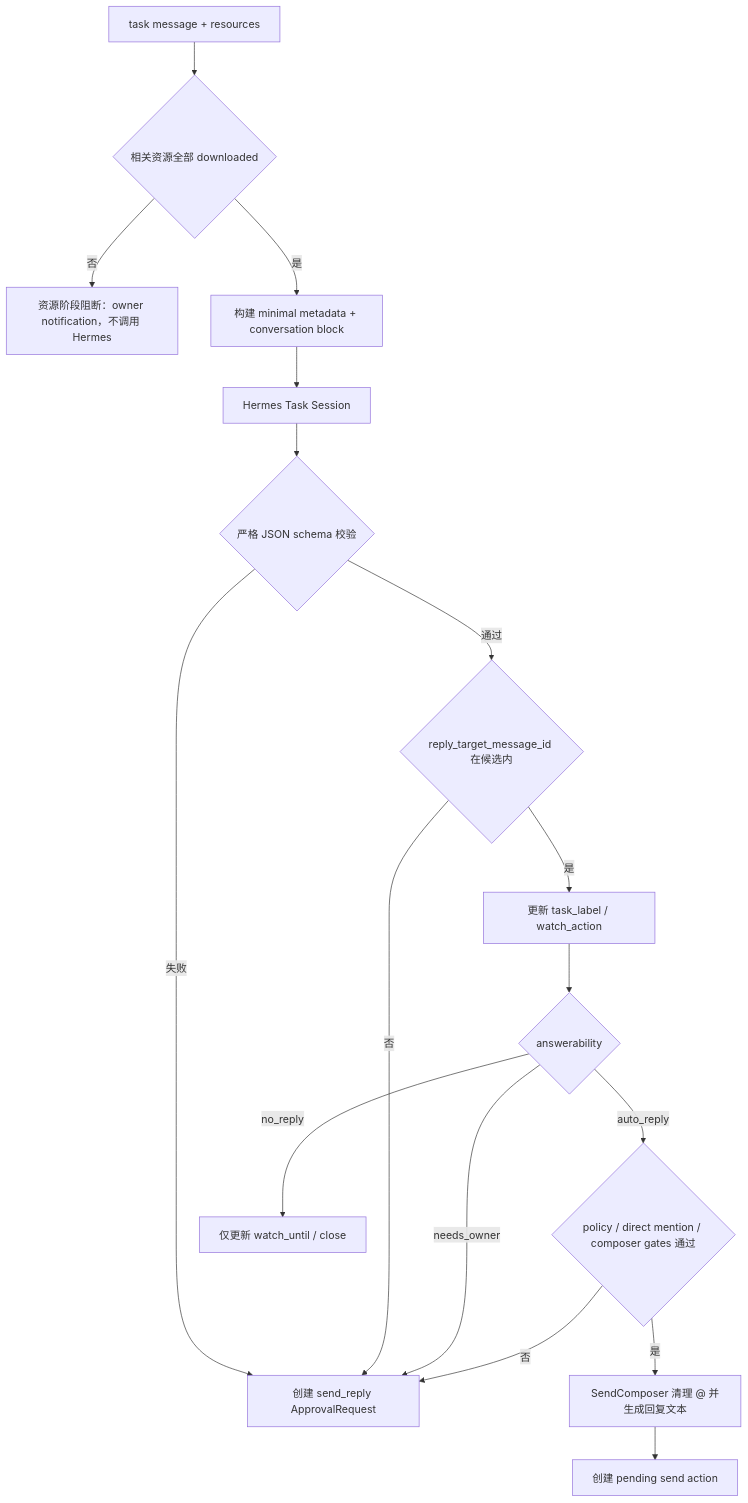
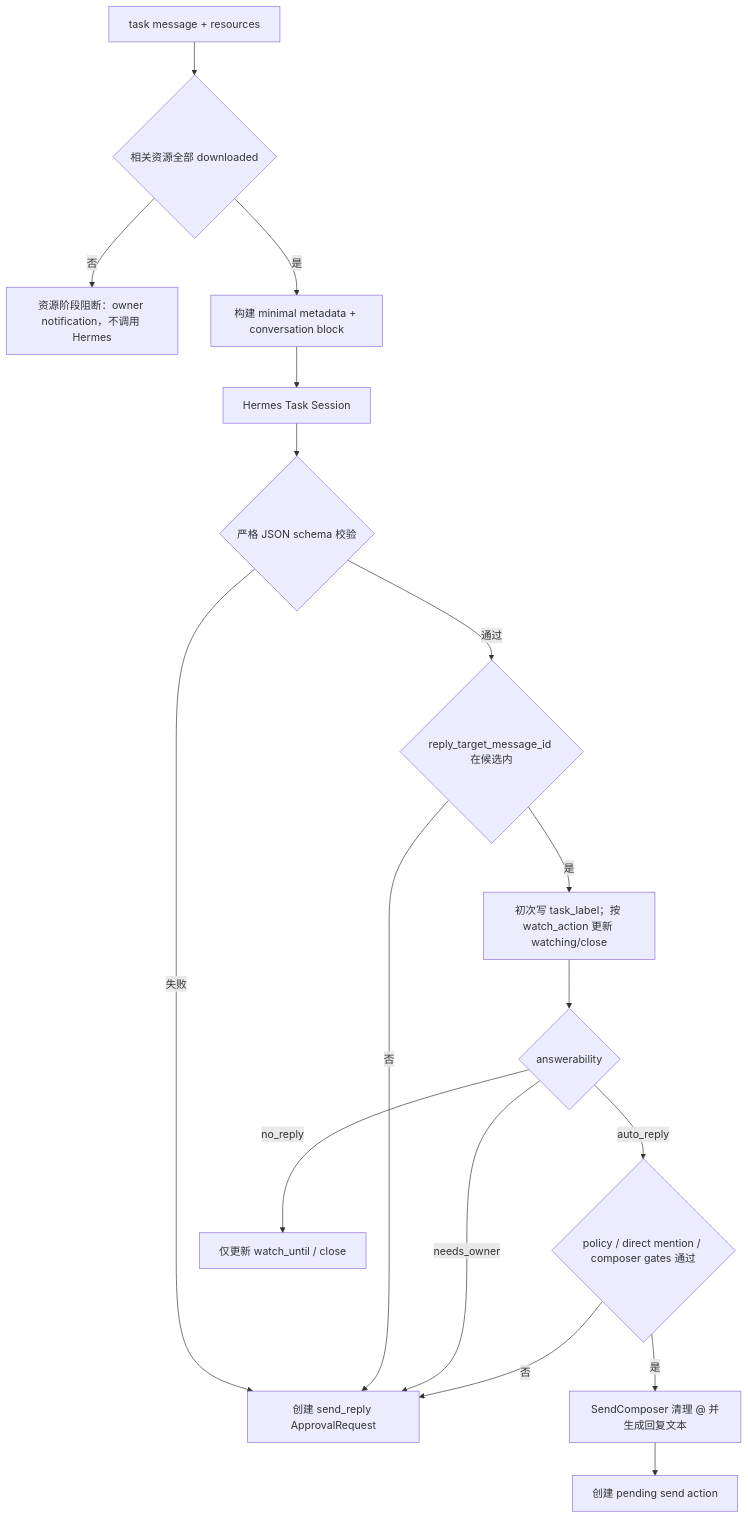
The fifth of 7 diagrams in docs/specs/feishu-shadow-agent-flows.md (wufei-png/feishu-shadow-agent), drawn with Mermaid before and after one commit. The commit also changed other lines of this file and 8 other files, not shown here.

````diff
--- a/docs/specs/feishu-shadow-agent-flows.md
+++ b/docs/specs/feishu-shadow-agent-flows.md
@@ -168,21 +167,21 @@
 ```mermaid
 flowchart TD
   TaskInput["task message + resources"] --> ResourceReady{"相关资源全部 downloaded"}
   ResourceReady -->|否| ResourceBlocked["资源阶段阻断：owner notification，不调用 Hermes"]
   ResourceReady -->|是| BuildPrompt["构建 minimal metadata + conversation block"]
   BuildPrompt --> Hermes["Hermes Task Session"]
   Hermes --> Parse{"严格 JSON schema 校验"}
   Parse -->|失败| Approval["创建 send_reply ApprovalRequest"]
   Parse -->|通过| ValidateTarget{"reply_target_message_id 在候选内"}
   ValidateTarget -->|否| Approval
-  ValidateTarget -->|是| UpdateTask["更新 task_label / watch_action"]
+  ValidateTarget -->|是| UpdateTask["初次写 task_label；按 watch_action 更新 watching/close"]
 
   UpdateTask --> Answerability{"answerability"}
   Answerability -->|auto_reply| Gates{"policy / direct mention / composer gates 通过"}
   Answerability -->|needs_owner| Approval
   Answerability -->|no_reply| WatchOnly["仅更新 watch_until / close"]
 
   Gates -->|否| Approval
   Gates -->|是| Compose["SendComposer 清理 @ 并生成回复文本"]
   Compose --> PendingAction["创建 pending send action"]
 ```
````
